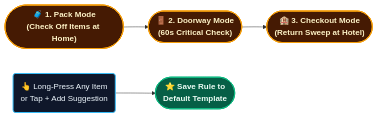
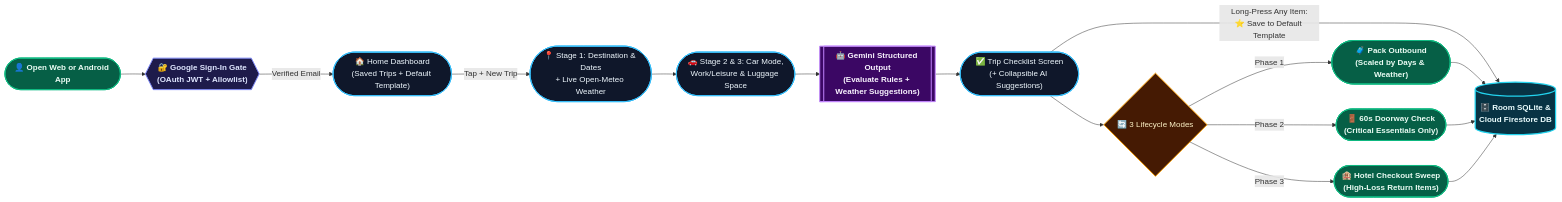
The first of 2 diagrams in README.md (madhavsankar/PackTrack), drawn with Mermaid before and after one commit. The commit also changed other lines of this file, not shown here.

Commit message:
Restore unified CUJ and HLD Mermaid diagrams in README

````diff
--- a/README.md
+++ b/README.md
@@ -50,11 +31,26 @@
 ```mermaid
 flowchart LR
-    classDef mode fill:#451a03,stroke:#f59e0b,stroke-width:2px,color:#fef3c7,font-weight:bold
-    classDef action fill:#0f172a,stroke:#38bdf8,stroke-width:2px,color:#f0f9ff
-    classDef template fill:#065f46,stroke:#10b981,stroke-width:2px,color:#ecfdf5,font-weight:bold
+    classDef userNode fill:#065f46,stroke:#10b981,stroke-width:2px,color:#ecfdf5,font-weight:bold
+    classDef authNode fill:#1e1b4b,stroke:#818cf8,stroke-width:2px,color:#e0e7ff,font-weight:bold
+    classDef screenNode fill:#0f172a,stroke:#38bdf8,stroke-width:2px,color:#f0f9ff
+    classDef aiNode fill:#3b0764,stroke:#c084fc,stroke-width:2px,color:#faf5ff,font-weight:bold
+    classDef modeNode fill:#451a03,stroke:#f59e0b,stroke-width:2px,color:#fef3c7
+    classDef dbNode fill:#083344,stroke:#22d3ee,stroke-width:2.5px,color:#ecfeff,font-weight:bold
 
-    P1(["🧳 1. Pack Mode\n(Check Off Items at Home)"]):::mode --> P2(["🚪 2. Doorway Mode\n(60s Critical Check)"]):::mode
-    P2 --> P3(["🏨 3. Checkout Mode\n(Return Sweep at Hotel)"]):::mode
+    Start(["👤 Open Web or Android App"]):::userNode --> Auth{{"🔐 Google Sign-In Gate\n(OAuth JWT + Allowlist)"}}:::authNode
+    Auth -->|"Verified Email"| Home(["🏠 Home Dashboard\n(Saved Trips + Default Template)"]):::screenNode
 
-    Item("👆 Long-Press Any Item\nor Tap + Add Suggestion"):::action --> Save(["⭐ Save Rule to\nDefault Template"]):::template
+    Home -->|"Tap + New Trip"| Stage1(["📍 Stage 1: Destination & Dates\n+ Live Open-Meteo Weather"]):::screenNode
+    Stage1 --> Stage23(["🚗 Stage 2 & 3: Car Mode,\nWork/Leisure & Luggage Space"]):::screenNode
+
+    Stage23 --> GeminiEval[["🤖 Gemini Structured Output\n(Evaluate Rules + Weather Suggestions)"]]:::aiNode
+    GeminiEval --> Checklist(["✅ Trip Checklist Screen\n(+ Collapsible AI Suggestions)"]):::screenNode
+
+    Checklist --> Modes{"🔄 3 Lifecycle Modes"}:::modeNode
+    Modes -->|"Phase 1"| Outbound(["🧳 Pack Outbound\n(Scaled by Days & Weather)"]):::userNode
+    Modes -->|"Phase 2"| Doorway(["🚪 60s Doorway Check\n(Critical Essentials Only)"]):::userNode
+    Modes -->|"Phase 3"| Hotel(["🏨 Hotel Checkout Sweep\n(High-Loss Return Items)"]):::userNode
+
+    Checklist -->|"Long-Press Any Item:\n⭐ Save to Default Template"| Firestore[("🗄️ Room SQLite &\nCloud Firestore DB")]:::dbNode
+    Outbound & Doorway & Hotel --> Firestore
 ```
````
